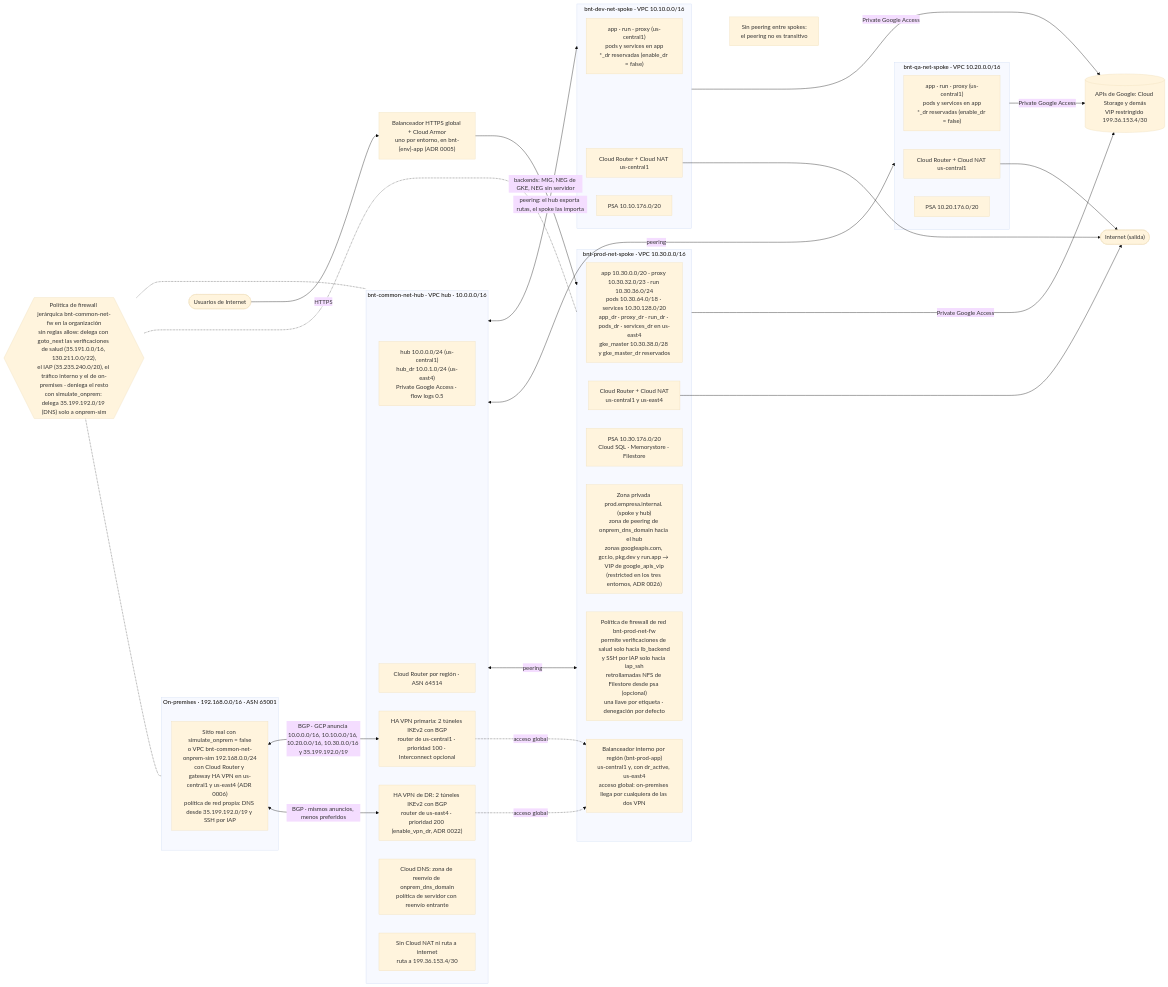
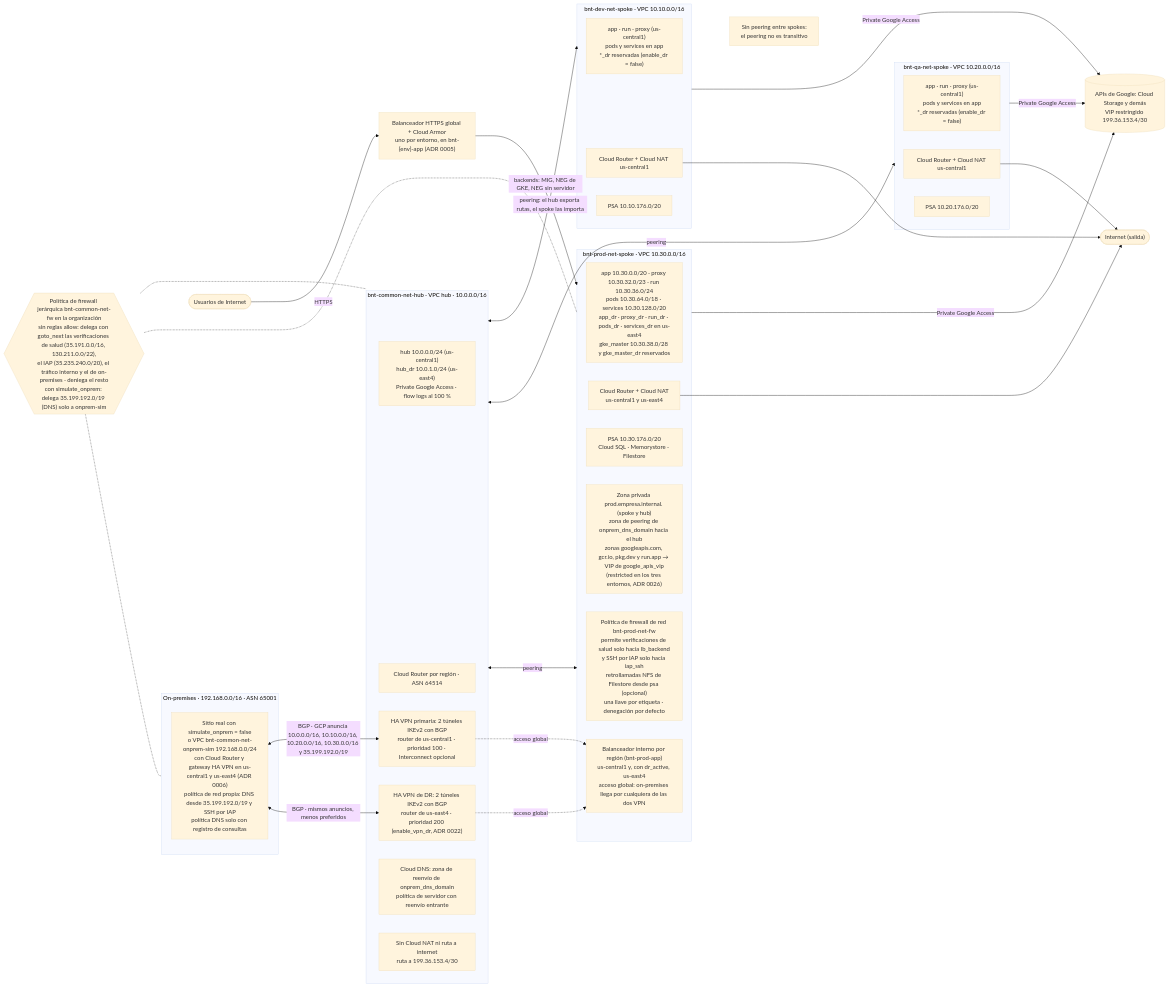
The diagram in gcp-datacenter/docs/diagramas/02-red-y-conectividad.md (jadrianlg16/reto-banorte-gcp-terraform), drawn with Mermaid (base theme) before and after one commit. The commit also changed 90 other files, not shown here.

````diff
--- a/gcp-datacenter/docs/diagramas/02-red-y-conectividad.md
+++ b/gcp-datacenter/docs/diagramas/02-red-y-conectividad.md
@@ -7,69 +7,69 @@
 ```mermaid
 flowchart LR
   users(["Usuarios de Internet"])
   xlb["Balanceador HTTPS global + Cloud Armor<br/>uno por entorno, en bnt-{env}-app (ADR 0005)"]
   users -- "HTTPS" --> xlb
 
   subgraph ONP["On-premises · 192.168.0.0/16 · ASN 65001"]
-    onp["Sitio real con simulate_onprem = false<br/>o VPC bnt-common-net-onprem-sim 192.168.0.0/24<br/>con Cloud Router y gateway HA VPN en us-central1 y us-east4 (ADR 0006)<br/>política de red propia: DNS desde 35.199.192.0/19 y SSH por IAP"]
+    onp["Sitio real con simulate_onprem = false<br/>o VPC bnt-common-net-onprem-sim 192.168.0.0/24<br/>con Cloud Router y gateway HA VPN en us-central1 y us-east4 (ADR 0006)<br/>política de red propia: DNS desde 35.199.192.0/19 y SSH por IAP<br/>política DNS solo con registro de consultas"]
   end
 
   subgraph HUB["bnt-common-net-hub · VPC hub · 10.0.0.0/16"]
-    hsub["hub 10.0.0.0/24 (us-central1)<br/>hub_dr 10.0.1.0/24 (us-east4)<br/>Private Google Access · flow logs 0.5"]
+    hsub["hub 10.0.0.0/24 (us-central1)<br/>hub_dr 10.0.1.0/24 (us-east4)<br/>Private Google Access · flow logs al 100 %"]
     hcr["Cloud Router por región · ASN 64514"]
     hvpn["HA VPN primaria: 2 túneles IKEv2 con BGP<br/>router de us-central1 · prioridad 100 · Interconnect opcional"]
     hvpndr["HA VPN de DR: 2 túneles IKEv2 con BGP<br/>router de us-east4 · prioridad 200 (enable_vpn_dr, ADR 0022)"]
     hdns["Cloud DNS: zona de reenvío de onprem_dns_domain<br/>política de servidor con reenvío entrante"]
     hroute["Sin Cloud NAT ni ruta a internet<br/>ruta a 199.36.153.4/30"]
   end
 
   onp <-- "BGP · GCP anuncia 10.0.0.0/16, 10.10.0.0/16, 10.20.0.0/16, 10.30.0.0/16 y 35.199.192.0/19" --> hvpn
   onp <-- "BGP · mismos anuncios, menos preferidos" --> hvpndr
 
   subgraph DEV["bnt-dev-net-spoke · VPC 10.10.0.0/16"]
     dsub["app · run · proxy (us-central1)<br/>pods y services en app<br/>*_dr reservadas (enable_dr = false)"]
     dnat["Cloud Router + Cloud NAT us-central1"]
     dpsa["PSA 10.10.176.0/20"]
   end
 
   subgraph QA["bnt-qa-net-spoke · VPC 10.20.0.0/16"]
     qsub["app · run · proxy (us-central1)<br/>pods y services en app<br/>*_dr reservadas (enable_dr = false)"]
     qnat["Cloud Router + Cloud NAT us-central1"]
     qpsa["PSA 10.20.176.0/20"]
   end
 
   subgraph PROD["bnt-prod-net-spoke · VPC 10.30.0.0/16"]
     psub["app 10.30.0.0/20 · proxy 10.30.32.0/23 · run 10.30.36.0/24<br/>pods 10.30.64.0/18 · services 10.30.128.0/20<br/>app_dr · proxy_dr · run_dr · pods_dr · services_dr en us-east4<br/>gke_master 10.30.38.0/28 y gke_master_dr reservados"]
     pnat["Cloud Router + Cloud NAT<br/>us-central1 y us-east4"]
     ppsa["PSA 10.30.176.0/20<br/>Cloud SQL · Memorystore · Filestore"]
     pdns["Zona privada prod.empresa.internal. (spoke y hub)<br/>zona de peering de onprem_dns_domain hacia el hub<br/>zonas googleapis.com, gcr.io, pkg.dev y run.app → VIP de google_apis_vip<br/>(restricted en los tres entornos, ADR 0026)"]
     pfw["Política de firewall de red bnt-prod-net-fw<br/>permite verificaciones de salud solo hacia lb_backend<br/>y SSH por IAP solo hacia iap_ssh<br/>retrollamadas NFS de Filestore desde psa (opcional)<br/>una llave por etiqueta · denegación por defecto"]
     pilb["Balanceador interno por región (bnt-prod-app)<br/>us-central1 y, con dr_active, us-east4<br/>acceso global: on-premises llega por cualquiera de las dos VPN"]
   end
 
   hvpn -. "acceso global" .-> pilb
   hvpndr -. "acceso global" .-> pilb
 
   HUB <-- "peering: el hub exporta rutas, el spoke las importa" --> DEV
   HUB <-- "peering" --> QA
   HUB <-- "peering" --> PROD
   nopeer["Sin peering entre spokes:<br/>el peering no es transitivo"]
   DEV ~~~ nopeer ~~~ QA
 
   xlb -- "backends: MIG, NEG de GKE, NEG sin servidor" --> PROD
 
   egress(["Internet (salida)"])
   dnat --> egress
   qnat --> egress
   pnat --> egress
 
   gapis[("APIs de Google: Cloud Storage y demás<br/>VIP restringido 199.36.153.4/30")]
   PROD -- "Private Google Access" --> gapis
   DEV -- "Private Google Access" --> gapis
   QA -- "Private Google Access" --> gapis
 
   hfw{{"Política de firewall jerárquica bnt-common-net-fw en la organización<br/>sin reglas allow: delega con goto_next las verificaciones de salud (35.191.0.0/16, 130.211.0.0/22),<br/>el IAP (35.235.240.0/20), el tráfico interno y el de on-premises · deniega el resto<br/>con simulate_onprem: delega 35.199.192.0/19 (DNS) solo a onprem-sim"}}
   hfw -.- HUB
   hfw -.- PROD
   hfw -.- ONP
 ```
````
